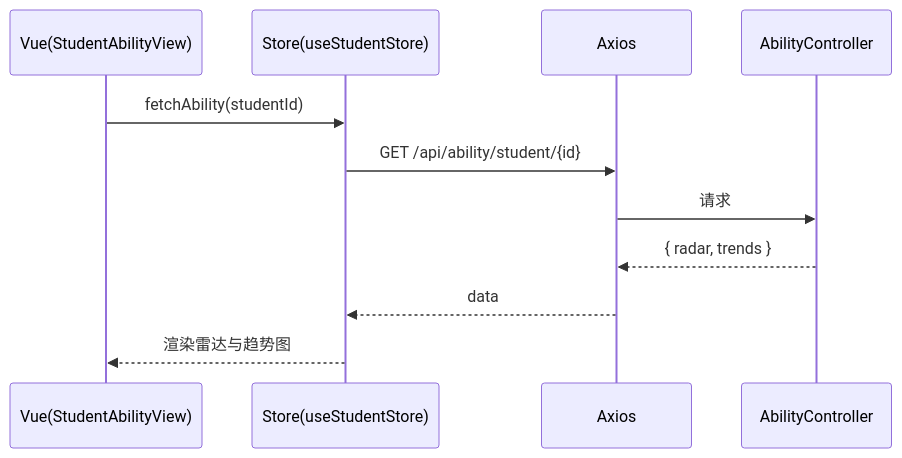
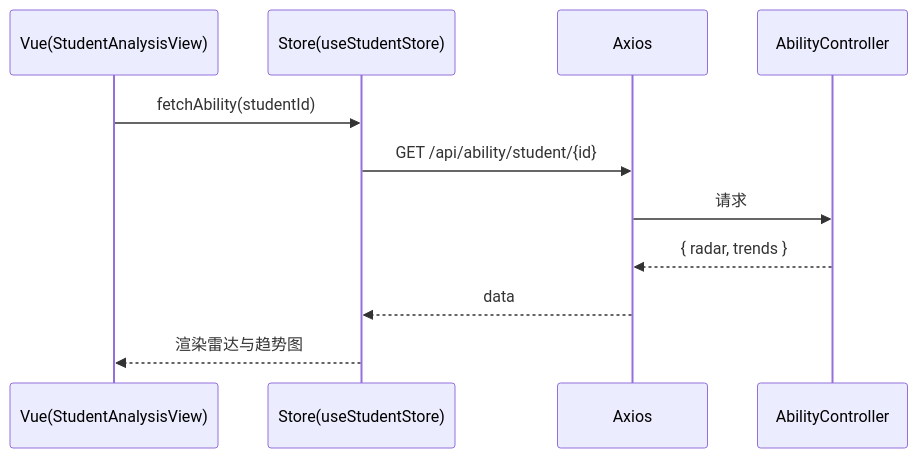
Before and after one commit to Xiaorui-Zhang537/student-core-competency-cultivation-assessment-system: diagram 15 of 15 in docs/e2e-examples.md, drawn with Mermaid. The commit also changed other lines of this file and 12 other files, not shown here.

````diff
--- a/docs/e2e-examples.md
+++ b/docs/e2e-examples.md
@@ -501,13 +501,13 @@
 ```mermaid
 sequenceDiagram
-  participant V as Vue(StudentAbilityView)
+  participant V as Vue(StudentAnalysisView)
   participant ST as Store(useStudentStore)
   participant A as Axios
   participant C as AbilityController
   V->>ST: fetchAbility(studentId)
   ST->>A: GET /api/ability/student/{id}
   A->>C: 请求
   C-->>A: { radar, trends }
   A-->>ST: data
   ST-->>V: 渲染雷达与趋势图
 ```
````
